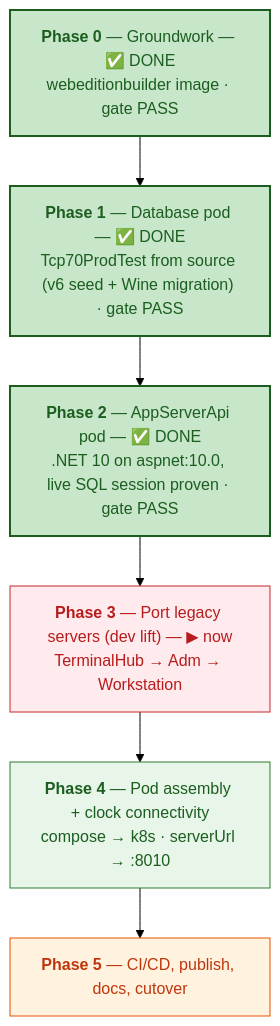
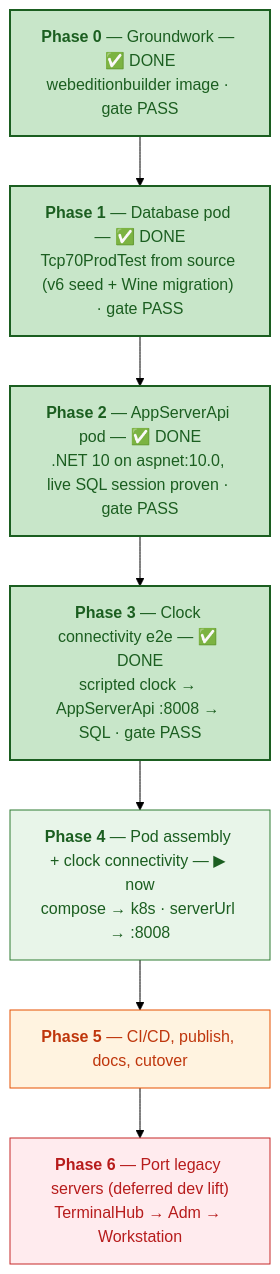
One commit to tcp-software/win11vbox changed the third of 5 diagrams in docs/linux-pod-plan.md. Above: the diagram before and after it, drawn with Mermaid (forest theme). The commit also changed other lines of this file, not shown here.

First line of the commit message:
linux-pod-plan: Phase 3 DONE (clock e2e vs :8008, gate PASS); ports become deferred Phase 6

````diff
--- a/docs/linux-pod-plan.md
+++ b/docs/linux-pod-plan.md
@@ -146,17 +146,18 @@
 ```mermaid
 flowchart TD
     classDef now  fill:#e8f5e9,stroke:#2e7d32,color:#1b5e20;
     classDef lift fill:#ffebee,stroke:#c62828,color:#b71c1c;
     classDef base fill:#fff3e0,stroke:#e65100,color:#bf360c;
 
     classDef done fill:#c8e6c9,stroke:#1b5e20,color:#1b5e20,stroke-width:2px;
 
     P0["<b>Phase 0</b> — Groundwork — ✅ DONE<br/>webeditionbuilder image · gate PASS"]:::done
     P1["<b>Phase 1</b> — Database pod — ✅ DONE<br/>Tcp70ProdTest from source (v6 seed + Wine migration) · gate PASS"]:::done
     P2["<b>Phase 2</b> — AppServerApi pod — ✅ DONE<br/>.NET 10 on aspnet:10.0, live SQL session proven · gate PASS"]:::done
-    P3["<b>Phase 3</b> — Port legacy servers (dev lift) — ▶ now<br/>TerminalHub → Adm → Workstation"]:::lift
-    P4["<b>Phase 4</b> — Pod assembly + clock connectivity<br/>compose → k8s · serverUrl → :8010"]:::now
+    P3["<b>Phase 3</b> — Clock connectivity e2e — ✅ DONE<br/>scripted clock → AppServerApi :8008 → SQL · gate PASS"]:::done
+    P4["<b>Phase 4</b> — Pod assembly + clock connectivity — ▶ now<br/>compose → k8s · serverUrl → :8008"]:::now
     P5["<b>Phase 5</b> — CI/CD, publish, docs, cutover"]:::base
+    P6["<b>Phase 6</b> — Port legacy servers (deferred dev lift)<br/>TerminalHub → Adm → Workstation"]:::lift
 
-    P0 --> P1 --> P2 --> P3 --> P4 --> P5
+    P0 --> P1 --> P2 --> P3 --> P4 --> P5 --> P6
 ```
````
